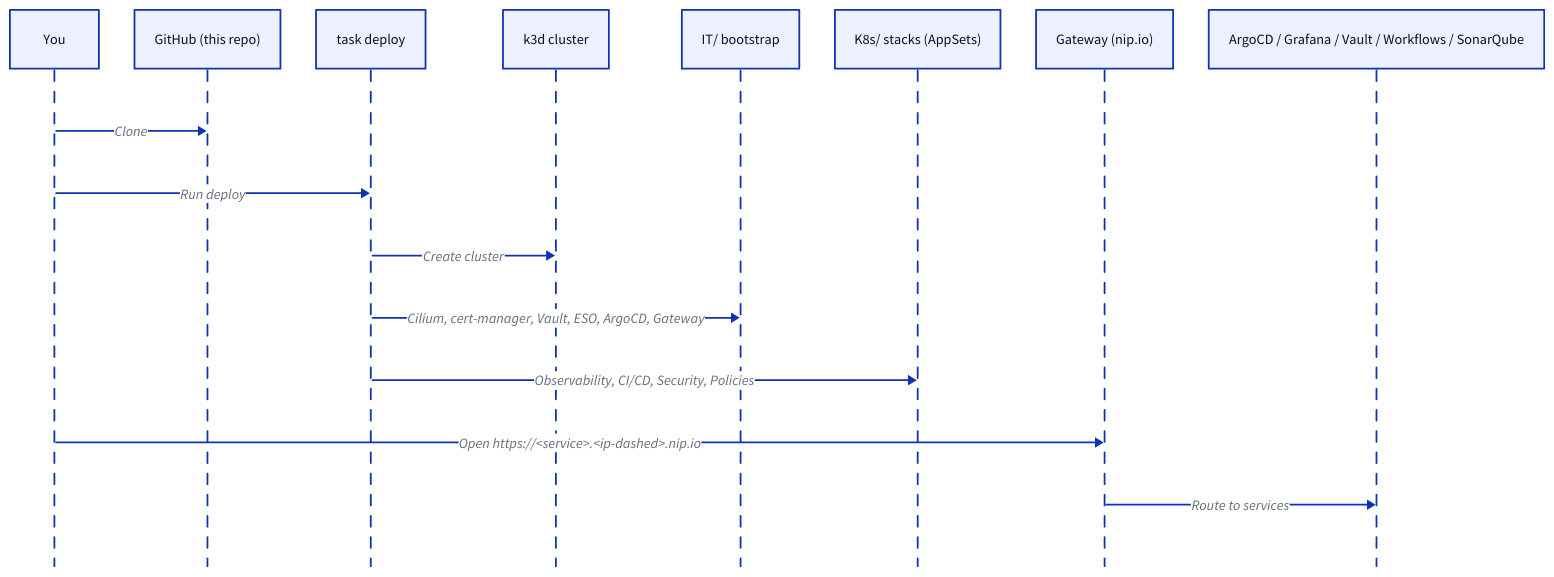
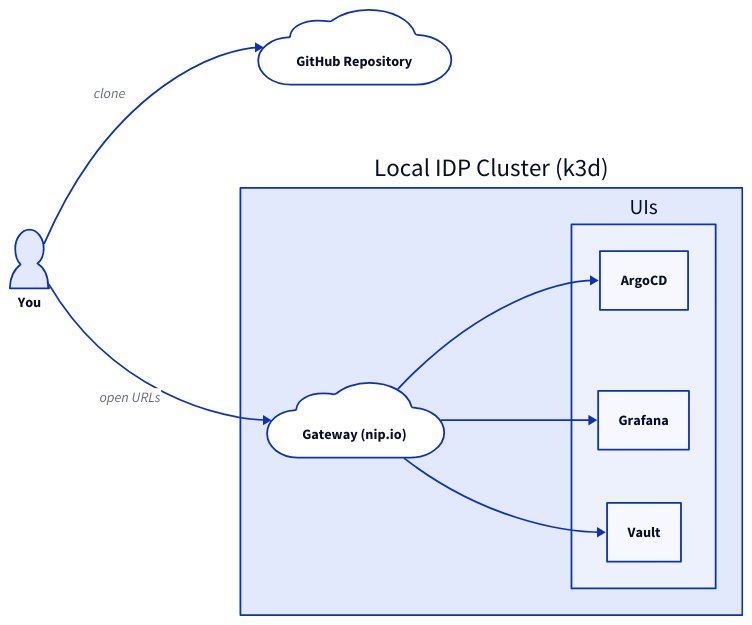
One commit to rou-cru/idp-blueprint changed the diagram in Docs/getting-started/quickstart.md. Above: the diagram before and after it, drawn with D2. The commit also changed other lines of this file and 36 other files, not shown here.

````diff
--- a/Docs/getting-started/quickstart.md
+++ b/Docs/getting-started/quickstart.md
@@ -67,19 +7,31 @@
 ```d2
-shape: sequence_diagram
-User: You
-Repo: GitHub (this repo)
-Task: task deploy
-K3d: k3d cluster
-IT: IT/ bootstrap
-Stacks: K8s/ stacks (AppSets)
-GW: Gateway (nip.io)
-UIs: ArgoCD / Grafana / Vault / Workflows / SonarQube
+direction: right
 
-User -> Repo: Clone
-User -> Task: Run deploy
-Task -> K3d: Create cluster
-Task -> IT: Cilium, cert-manager, Vault, ESO, ArgoCD, Gateway
-Task -> Stacks: Observability, CI/CD, Security, Policies
-User -> GW: Open https://<service>.<ip-dashed>.nip.io
-GW -> UIs: Route to services
+You: {
+  label: "You"
+  shape: person
+}
+Repo: {
+  label: "GitHub Repository"
+  shape: cloud
+}
+Cluster: {
+  label: "Local IDP Cluster (k3d)"
+  Gateway: {
+    label: "Gateway (nip.io)"
+    shape: cloud
+  }
+  UIs: {
+    label: "UIs"
+    ArgoCD: "ArgoCD"
+    Grafana: "Grafana"
+    Vault: "Vault"
+  }
+}
+
+You -> Repo: clone
+You -> Cluster.Gateway: open URLs
+Cluster.Gateway -> Cluster.UIs.ArgoCD
+Cluster.Gateway -> Cluster.UIs.Grafana
+Cluster.Gateway -> Cluster.UIs.Vault
 ```
````
